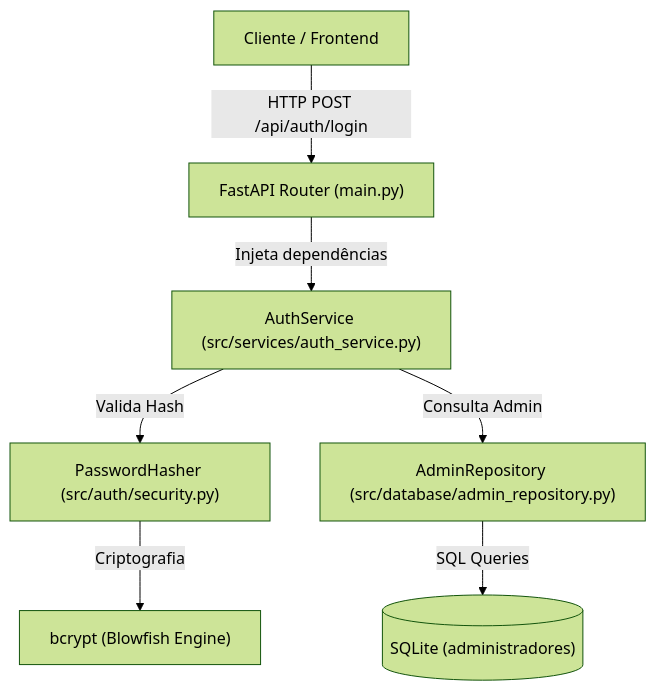
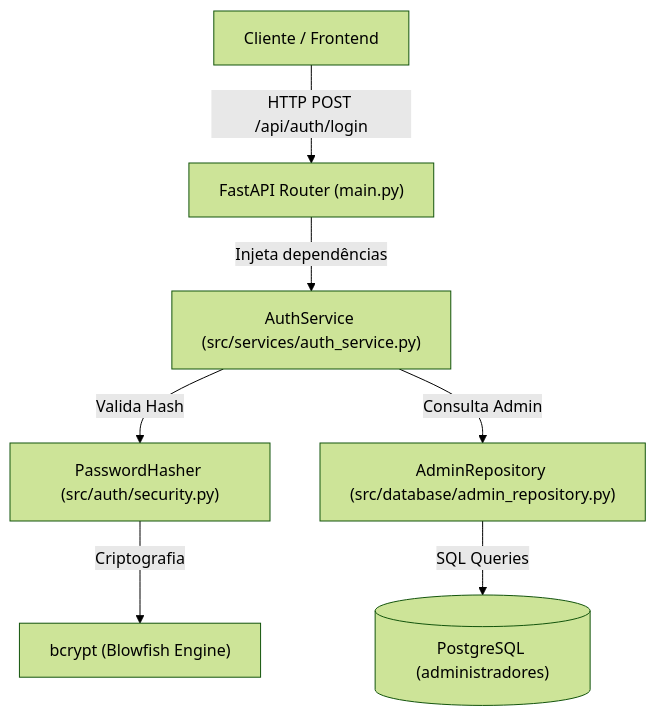
Before and after one commit to FGA0138-MDS-Ajax/2026.2-T02-Dijkstra: the diagram in docs/autenticacao-admin.md, drawn with Mermaid (forest theme). The commit also changed other lines of this file and 4 other files, not shown here.

````diff
--- a/docs/autenticacao-admin.md
+++ b/docs/autenticacao-admin.md
@@ -9,9 +9,9 @@
 ```mermaid
 graph TD
     Client["Cliente / Frontend"] -->|HTTP POST /api/auth/login| API["FastAPI Router (main.py)"]
     API -->|Injeta dependências| Service["AuthService (src/services/auth_service.py)"]
     Service -->|Valida Hash| Hasher["PasswordHasher (src/auth/security.py)"]
     Service -->|Consulta Admin| Repo["AdminRepository (src/database/admin_repository.py)"]
     Hasher -->|Criptografia| Bcrypt["bcrypt (Blowfish Engine)"]
-    Repo -->|SQL Queries| DB[("SQLite (administradores)")]
+    Repo -->|SQL Queries| DB[("PostgreSQL (administradores)")]
 ```
````
